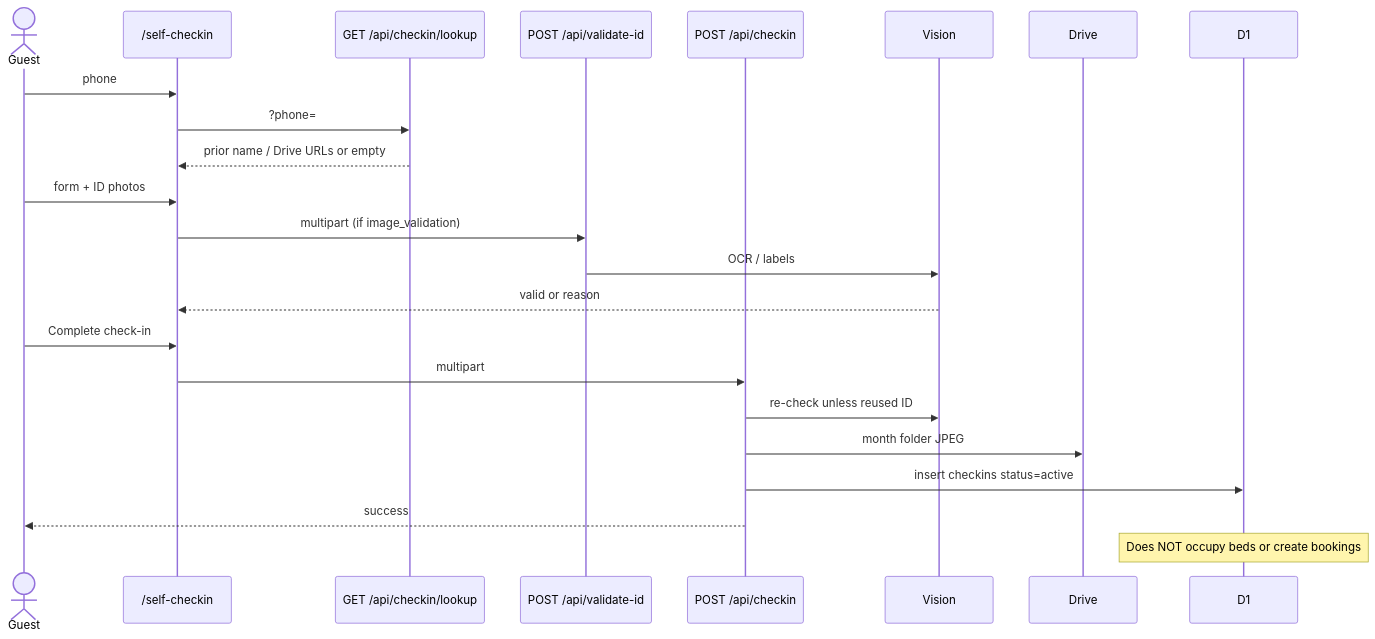
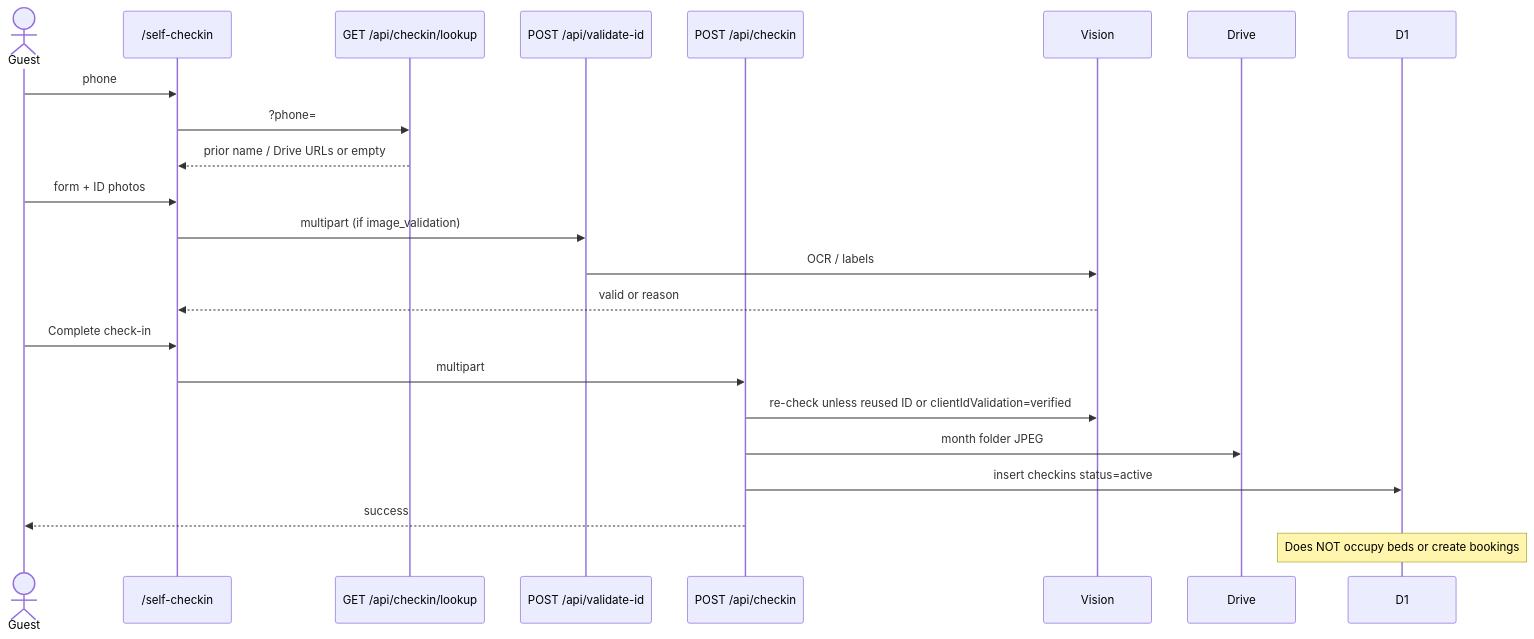
The second of 16 diagrams in docs/interactions.md (thegokosocial/GokoHostelWebpages), drawn with Mermaid before and after one commit. The commit also changed 15 other files, not shown here.

````diff
--- a/docs/interactions.md
+++ b/docs/interactions.md
@@ -53,25 +53,25 @@
 ```mermaid
 sequenceDiagram
   actor G as Guest
   participant P as /self-checkin
   participant L as GET /api/checkin/lookup
   participant V as POST /api/validate-id
   participant C as POST /api/checkin
   participant Vis as Vision
   participant Dr as Drive
   participant DB as D1
   G->>P: phone
   P->>L: ?phone=
   L-->>P: prior name / Drive URLs or empty
   G->>P: form + ID photos
   P->>V: multipart (if image_validation)
   V->>Vis: OCR / labels
   Vis-->>P: valid or reason
   G->>P: Complete check-in
   P->>C: multipart
-  C->>Vis: re-check unless reused ID
+  C->>Vis: re-check unless reused ID or clientIdValidation=verified
   C->>Dr: month folder JPEG
   C->>DB: insert checkins status=active
   C-->>G: success
   Note over DB: Does NOT occupy beds or create bookings
 ```
````
